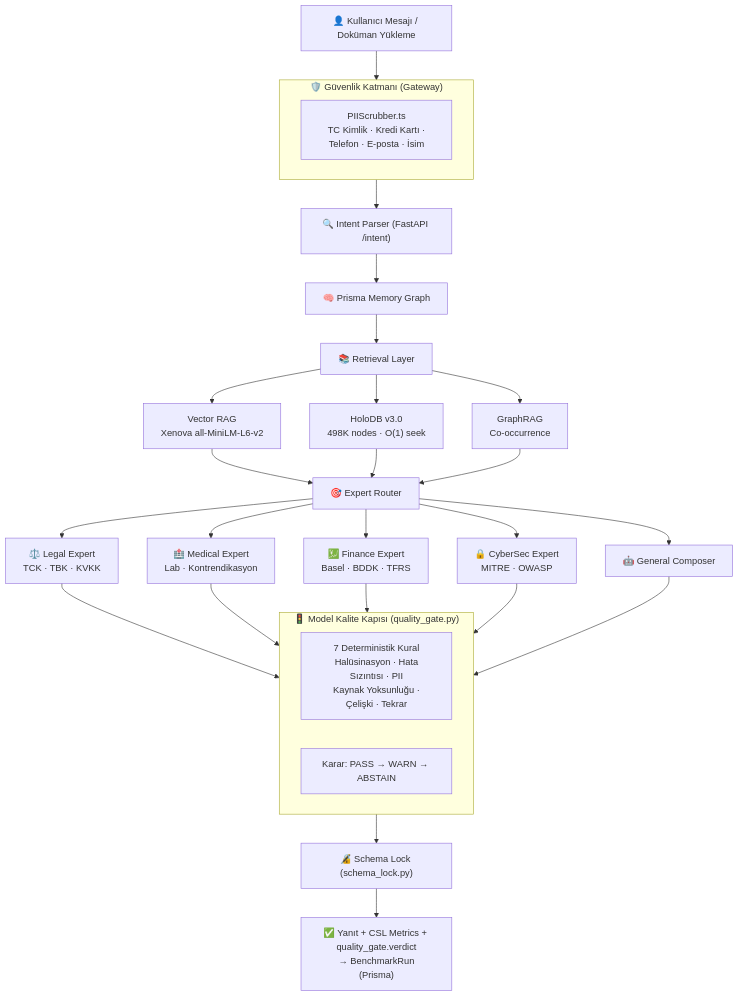
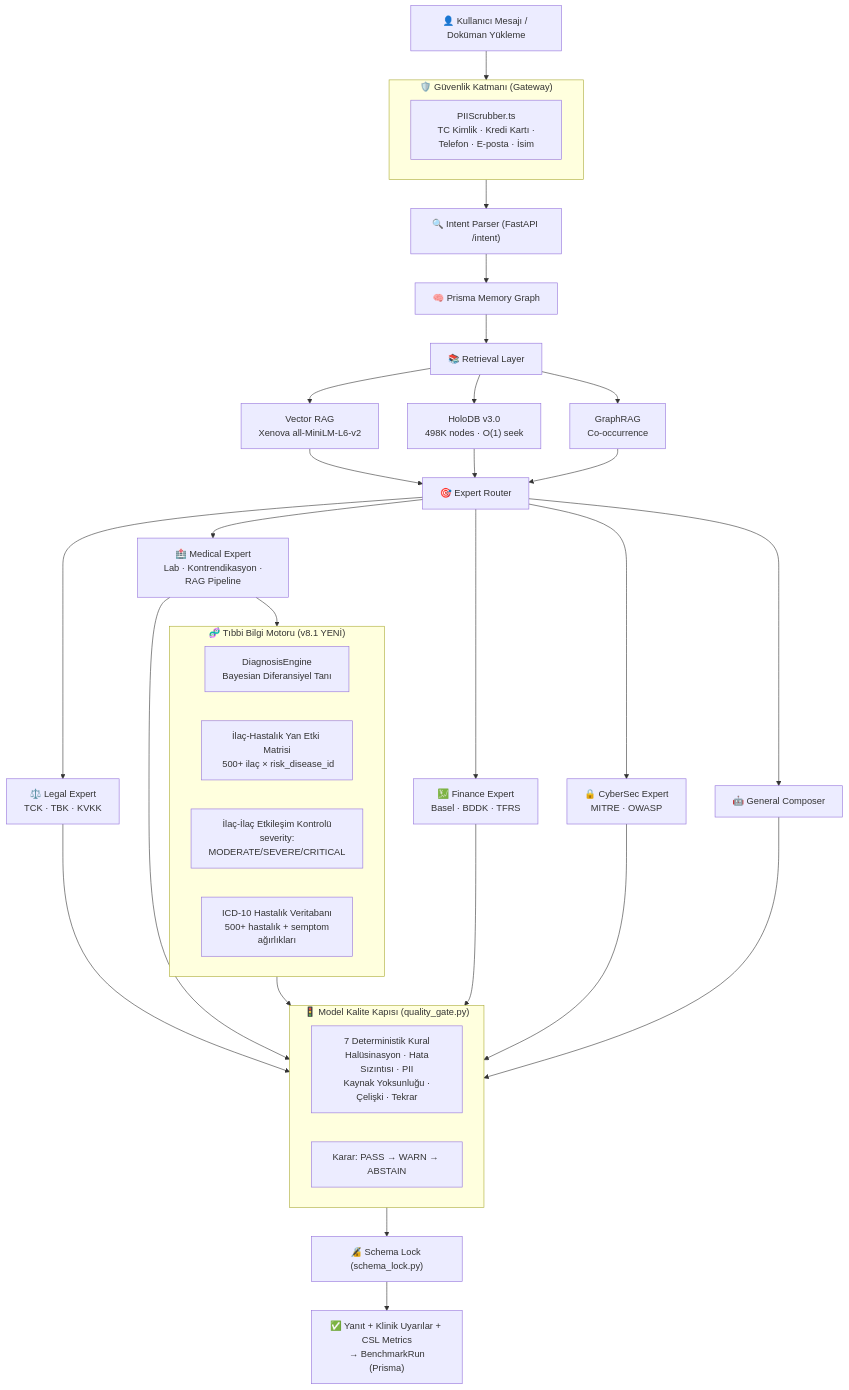
One commit to sakipfikrret/OmniEngine changed the diagram in README.md. Above: the diagram before and after it, drawn with Mermaid. The commit also changed other lines of this file and 2 other files, not shown here.

````diff
--- a/README.md
+++ b/README.md
@@ -53,36 +57,46 @@
 ```mermaid
 flowchart TD
   A["👤 Kullanıcı Mesajı / Doküman Yükleme"] --> P
 
   subgraph P ["🛡️ Güvenlik Katmanı (Gateway)"]
     P1["PIIScrubber.ts\n TC Kimlik · Kredi Kartı · Telefon · E-posta · İsim"]
   end
 
   P --> B["🔍 Intent Parser (FastAPI /intent)"]
   B --> C["🧠 Prisma Memory Graph"]
   C --> D["📚 Retrieval Layer"]
   D --> D1["Vector RAG\n Xenova all-MiniLM-L6-v2"]
   D --> D2["HoloDB v3.0\n 498K nodes · O(1) seek"]
   D --> D3["GraphRAG\n Co-occurrence"]
   D1 --> E["🎯 Expert Router"]
   D2 --> E
   D3 --> E
   E --> F1["⚖️ Legal Expert\n TCK · TBK · KVKK"]
-  E --> F2["🏥 Medical Expert\n Lab · Kontrendikasyon"]
+  E --> F2["🏥 Medical Expert\n Lab · Kontrendikasyon · RAG Pipeline"]
   E --> F3["💹 Finance Expert\n Basel · BDDK · TFRS"]
   E --> F4["🔒 CyberSec Expert\n MITRE · OWASP"]
   E --> F5["🤖 General Composer"]
+
+  subgraph MED ["🧬 Tıbbi Bilgi Motoru (v8.1 YENİ)"]
+    M1["DiagnosisEngine\n Bayesian Diferansiyel Tanı"]
+    M2["İlaç-Hastalık Yan Etki Matrisi\n 500+ ilaç × risk_disease_id"]
+    M3["İlaç-İlaç Etkileşim Kontrolü\n severity: MODERATE/SEVERE/CRITICAL"]
+    M4["ICD-10 Hastalık Veritabanı\n 500+ hastalık + semptom ağırlıkları"]
+  end
+
+  F2 --> MED
 
   subgraph QG ["🚦 Model Kalite Kapısı (quality_gate.py)"]
     QG1["7 Deterministik Kural\n Halüsinasyon · Hata Sızıntısı · PII\n Kaynak Yoksunluğu · Çelişki · Tekrar"]
     QG2["Karar: PASS → WARN → ABSTAIN"]
   end
 
   F1 --> QG
   F2 --> QG
+  MED --> QG
   F3 --> QG
   F4 --> QG
   F5 --> QG
   QG --> G["🔏 Schema Lock (schema_lock.py)"]
-  G --> H["✅ Yanıt + CSL Metrics + quality_gate.verdict\n → BenchmarkRun (Prisma)"]
+  G --> H["✅ Yanıt + Klinik Uyarılar + CSL Metrics\n → BenchmarkRun (Prisma)"]
 ```
````
